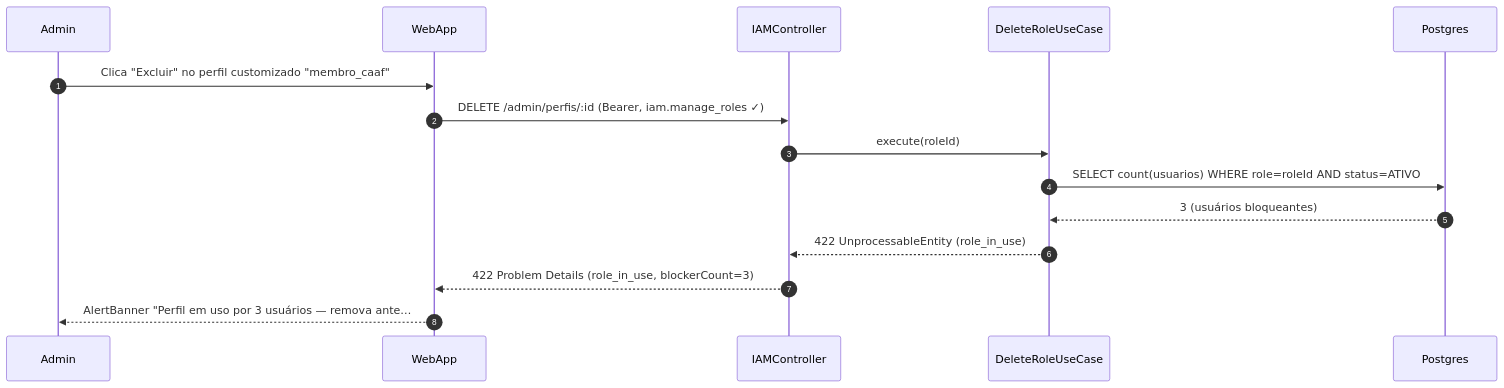
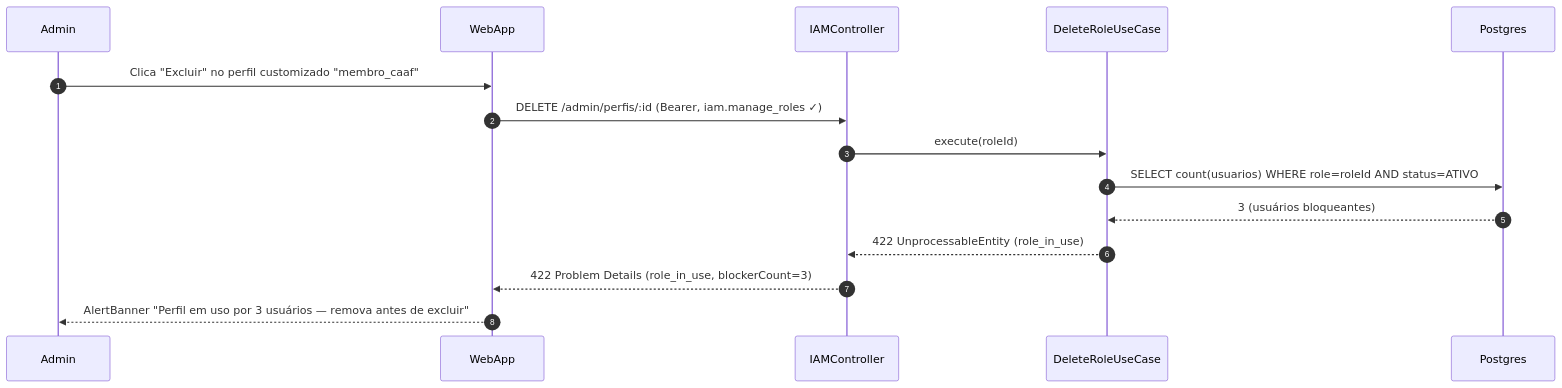
One commit to umishell/secretariaOnline2 changed the sixth of 7 diagrams in foundationDocs/sequenceDiagrams/F7 — Admin/US-F7-002-IAM-PERFIS-AUTORIDADES.md. Above: the diagram before and after it, drawn with Mermaid. The commit also changed other lines of this file and 70 other files, not shown here.

First line of the commit message:
Enhance database documentation and introduce new schema files

````diff
--- a/foundationDocs/sequenceDiagrams/F7 — Admin/US-F7-002-IAM-PERFIS-AUTORIDADES.md
+++ b/foundationDocs/sequenceDiagrams/F7 — Admin/US-F7-002-IAM-PERFIS-AUTORIDADES.md
@@ -249,18 +249,18 @@
 ```mermaid
 sequenceDiagram
     autonumber
     participant Admin
     participant WebApp
     participant IAMController
     participant DeleteRoleUC as DeleteRoleUseCase
     participant Postgres
 
     Admin->>WebApp: Clica "Excluir" no perfil customizado "membro_caaf"
     WebApp->>IAMController: DELETE /admin/perfis/:id (Bearer, iam.manage_roles ✓)
     IAMController->>DeleteRoleUC: execute(roleId)
     DeleteRoleUC->>Postgres: SELECT count(usuarios) WHERE role=roleId AND status=ATIVO
     Postgres-->>DeleteRoleUC: 3 (usuários bloqueantes)
     DeleteRoleUC-->>IAMController: 422 UnprocessableEntity (role_in_use)
     IAMController-->>WebApp: 422 Problem Details (role_in_use, blockerCount=3)
-    WebApp-->>Admin: AlertBanner "Perfil em uso por 3 usuários — remova ante…
+    WebApp-->>Admin: AlertBanner "Perfil em uso por 3 usuários — remova antes de excluir"
 ```
````
